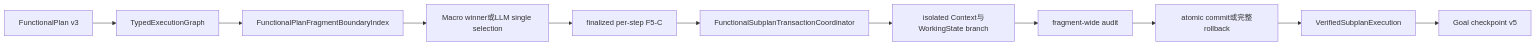
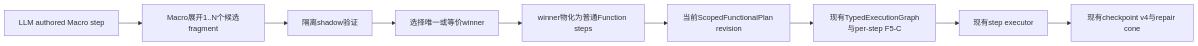
Before and after one commit to rongchenxu100/shuxueshuo: the fourth of 4 diagrams in docs/path-minimum-macro-redesign.md, drawn with Mermaid. The commit also changed other lines of this file and 63 other files, not shown here.

Commit message:
refactor(solver): materialize macro winners as plan steps

````diff
--- a/docs/path-minimum-macro-redesign.md
+++ b/docs/path-minimum-macro-redesign.md
@@ -932,16 +929,14 @@
 ```mermaid
 flowchart LR
-  P["FunctionalPlan v3"]
-  G["TypedExecutionGraph"]
-  I["FunctionalPlanFragmentBoundaryIndex"]
-  S["Macro winner或LLM single selection"]
-  F["finalized per-step F5-C"]
-  C["FunctionalSubplanTransactionCoordinator"]
-  B["isolated Context与WorkingState branch"]
-  A["fragment-wide audit"]
-  M["atomic commit或完整rollback"]
-  V["VerifiedSubplanExecution"]
-  K["Goal checkpoint v5"]
+  M["LLM authored Macro step"]
+  C["Macro展开1..N个候选fragment"]
+  S["隔离shadow验证"]
+  W["选择唯一或等价winner"]
+  X["winner物化为普通Function steps"]
+  P["当前ScopedFunctionalPlan revision"]
+  G["现有TypedExecutionGraph与per-step F5-C"]
+  E["现有step executor"]
+  K["现有checkpoint v4与repair cone"]
 
-  P --> G --> I --> S --> F --> C --> B --> A --> M --> V --> K
+  M --> C --> S --> W --> X --> P --> G --> E --> K
 ```
````
